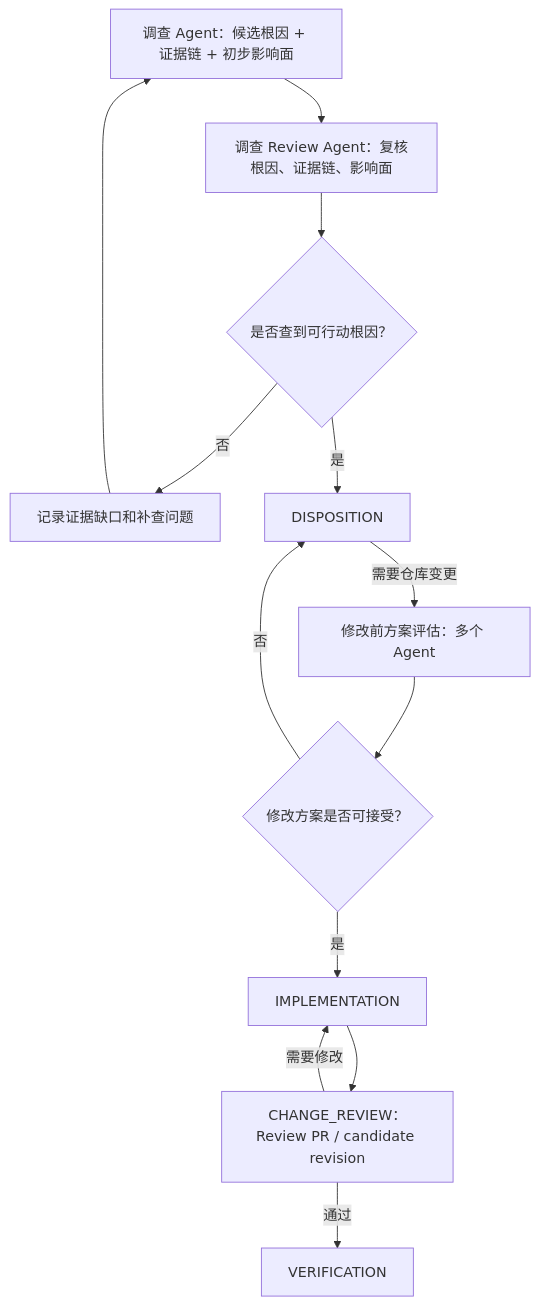
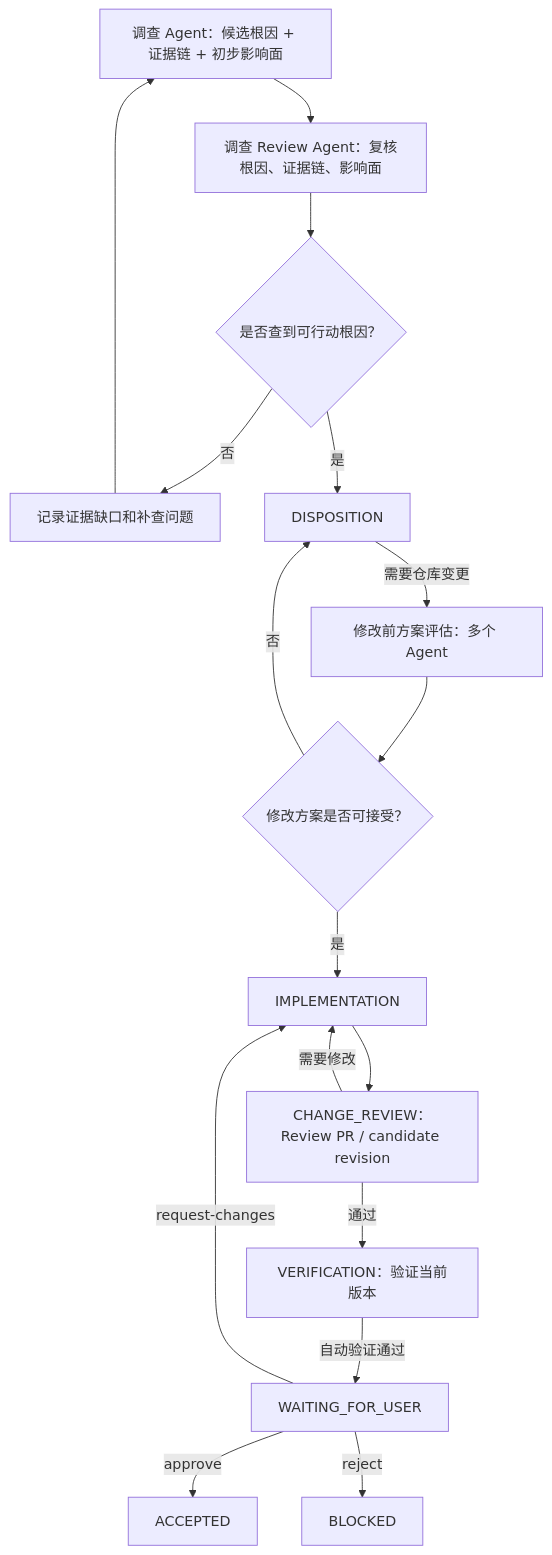
The fifth of 5 diagrams in docs/01-产品定义/扩展/fix-扩展.md (ZHOUKAILIAN/my-pi-extension), drawn with Mermaid before and after one commit. The commit also changed other lines of this file and 8 other files, not shown here.

````diff
--- a/docs/01-产品定义/扩展/fix-扩展.md
+++ b/docs/01-产品定义/扩展/fix-扩展.md
@@ -209,22 +215,26 @@
 ```mermaid
 flowchart TD
   candidate[调查 Agent：候选根因 + 证据链 + 初步影响面]
   rootReview[调查 Review Agent：复核根因、证据链、影响面]
   rootPass{是否查到可行动根因？}
   gap[记录证据缺口和补查问题]
   disposition[DISPOSITION]
   plan[修改前方案评估：多个 Agent]
   planPass{修改方案是否可接受？}
   implement[IMPLEMENTATION]
   prReview[CHANGE_REVIEW：Review PR / candidate revision]
-  verify[VERIFICATION]
+  verify[VERIFICATION：验证当前版本]
 
   candidate --> rootReview --> rootPass
   rootPass -->|否| gap --> candidate
   rootPass -->|是| disposition
   disposition -->|需要仓库变更| plan --> planPass
   planPass -->|否| disposition
   planPass -->|是| implement --> prReview
   prReview -->|需要修改| implement
   prReview -->|通过| verify
+  verify -->|自动验证通过| human[WAITING_FOR_USER]
+  human -->|approve| accepted[ACCEPTED]
+  human -->|request-changes| implement
+  human -->|reject| blocked[BLOCKED]
 ```
````
